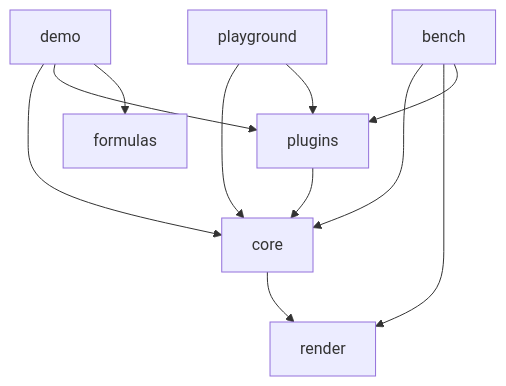
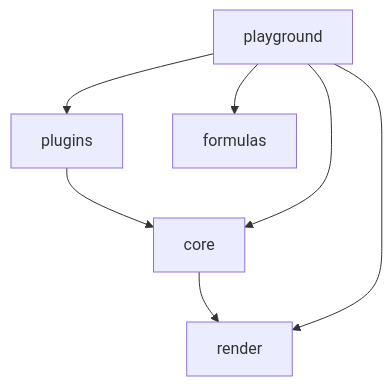
The diagram in .agents/docs/CODE-MAP.md (cabinet-fe/infinite-table), drawn with Mermaid before and after one commit. The commit also changed other lines of this file and 336 other files, not shown here.

````diff
--- a/.agents/docs/CODE-MAP.md
+++ b/.agents/docs/CODE-MAP.md
@@ -36,13 +64,9 @@
 ```mermaid
 graph TD
     core --> render
     plugins --> core
-    demo --> core
-    demo --> plugins
-    demo --> formulas
-    bench --> core
-    bench --> render
-    bench --> plugins
     playground --> core
+    playground --> render
     playground --> plugins
+    playground --> formulas
 ```
````
